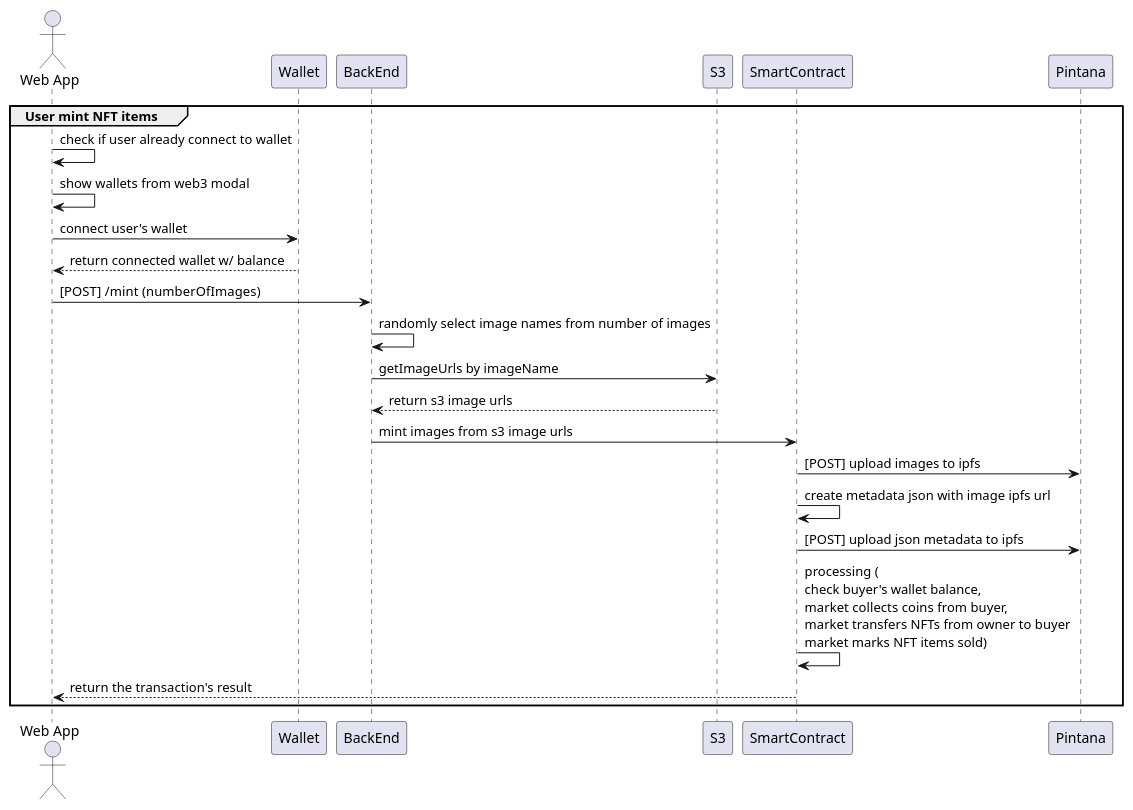
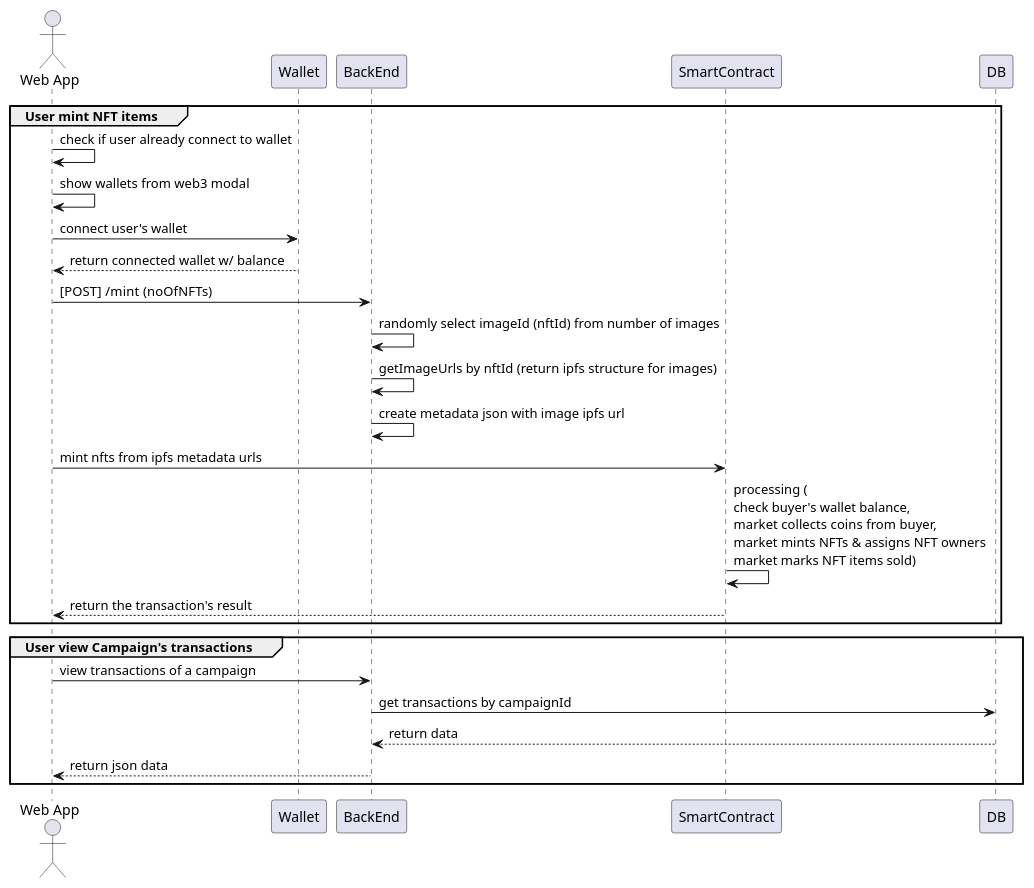
One commit to rada-network/nft4charity changed the diagram in docs/mint.puml. Above: the diagram before and after it, drawn with PlantUML.

Commit message:
docs: updated uml to list out mints and view campaign detail

```diff
--- a/docs/mint.puml
+++ b/docs/mint.puml
@@ -1,28 +1,31 @@
 @startuml
 
 actor "Web App" as fe
 participant "Wallet" as wallet
 participant "BackEnd" as be
-participant "S3" as s3
 participant "SmartContract" as sc
-participant "Pintana" as ipfs
+participant "DB" as mdb
 
 
 group User mint NFT items
 fe -> fe: check if user already connect to wallet 
 fe -> fe: show wallets from web3 modal
 fe -> wallet: connect user's wallet
 wallet --> fe: return connected wallet w/ balance
-fe -> be: [POST]  /mint (numberOfImages)
-be -> be: randomly select image names from number of images
-be -> s3: getImageUrls by imageName 
-s3 --> be: return s3 image urls
-be -> sc: mint images from s3 image urls
-sc -> ipfs: [POST] upload images to ipfs
-sc -> sc: create metadata json with image ipfs url
-sc -> ipfs: [POST] upload json metadata to ipfs
-sc -> sc: processing (\ncheck buyer's wallet balance, \nmarket collects coins from buyer, \nmarket transfers NFTs from owner to buyer \nmarket marks NFT items sold)
+fe -> be: [POST]  /mint (noOfNFTs)
+be -> be: randomly select imageId (nftId) from number of images
+be -> be: getImageUrls by nftId (return ipfs structure for images)
+be -> be: create metadata json with image ipfs url
+fe -> sc: mint nfts from ipfs metadata urls
+sc -> sc: processing (\ncheck buyer's wallet balance, \nmarket collects coins from buyer, \nmarket mints NFTs & assigns NFT owners \nmarket marks NFT items sold)
 sc --> fe: return the transaction's result
 end
 
+group User view Campaign's transactions
+fe -> be: view transactions of a campaign
+be -> mdb: get transactions by campaignId
+mdb --> be: return data
+be --> fe: return json data 
+end
+
 @enduml
```
